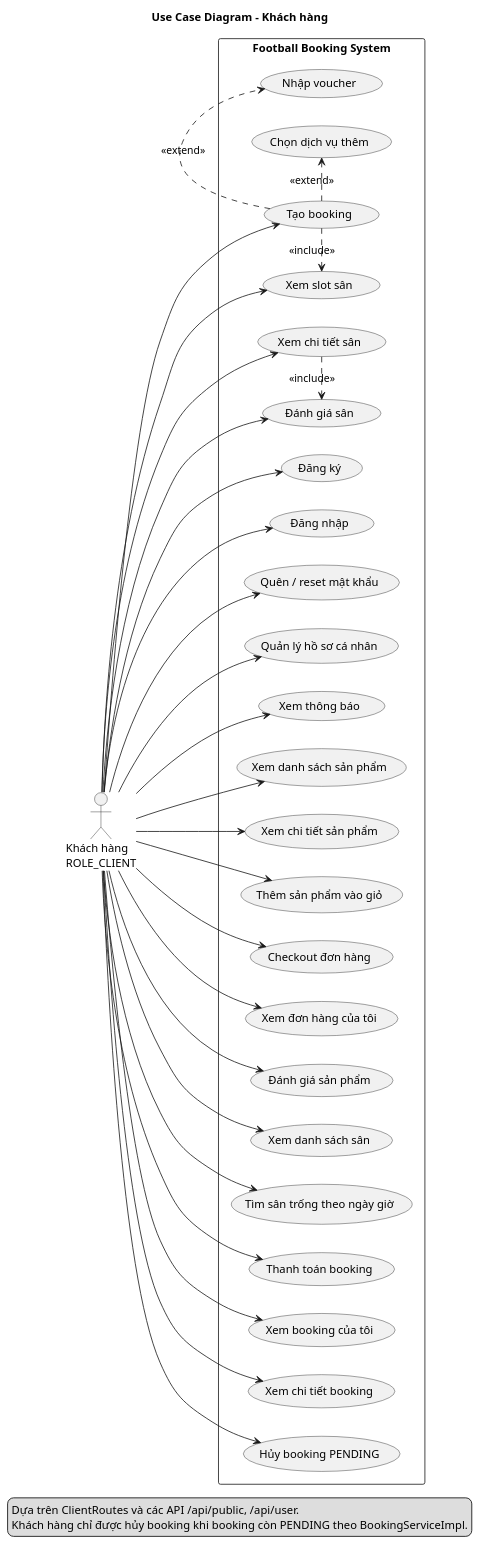
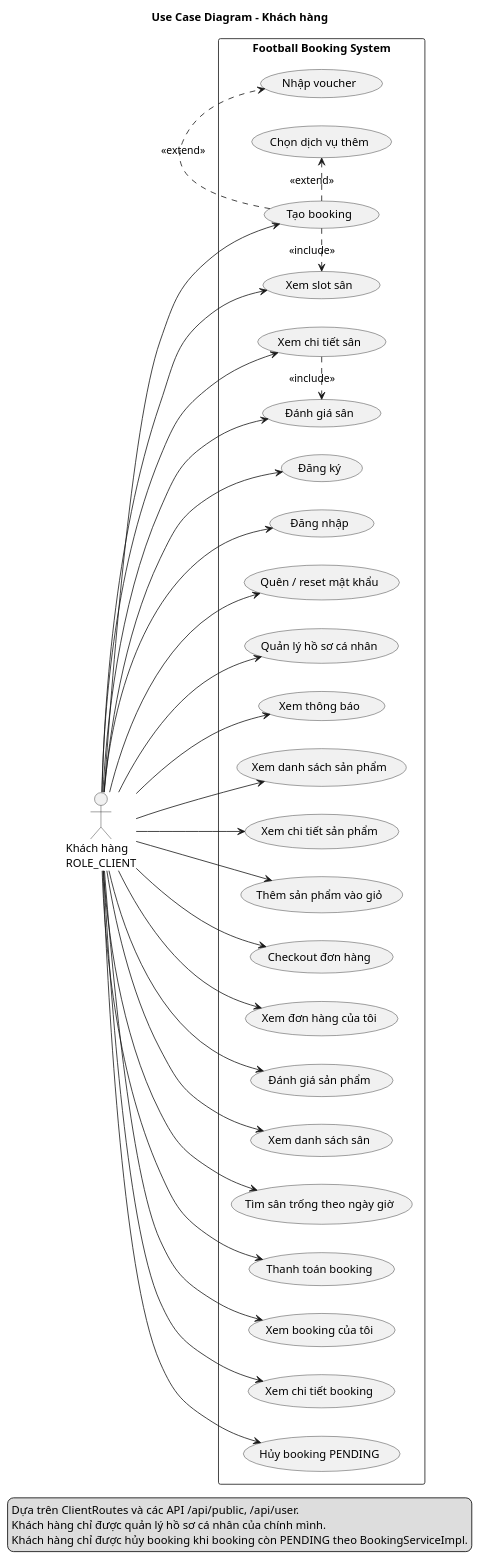
The diagram in docs/diagrams/02a-use-case-client.puml (KyAnhhh/football-booking-system), drawn with PlantUML before and after one commit. The commit also changed 99 other files, not shown here.

```diff
--- a/docs/diagrams/02a-use-case-client.puml
+++ b/docs/diagrams/02a-use-case-client.puml
@@ -1,71 +1,72 @@
 @startuml
 title Use Case Diagram - Khách hàng
 
 left to right direction
 skinparam shadowing false
 
 actor "Khách hàng\nROLE_CLIENT" as CLIENT
 
 rectangle "Football Booking System" {
   usecase "Đăng ký" as UC_REGISTER
   usecase "Đăng nhập" as UC_LOGIN
   usecase "Quên / reset mật khẩu" as UC_RESET
   usecase "Quản lý hồ sơ cá nhân" as UC_PROFILE
   usecase "Xem thông báo" as UC_NOTIFICATION
 
   usecase "Xem danh sách sản phẩm" as UC_VIEW_PRODUCT
   usecase "Xem chi tiết sản phẩm" as UC_PRODUCT_DETAIL
   usecase "Thêm sản phẩm vào giỏ" as UC_CART
   usecase "Checkout đơn hàng" as UC_CHECKOUT
   usecase "Xem đơn hàng của tôi" as UC_MY_ORDERS
   usecase "Đánh giá sản phẩm" as UC_PRODUCT_REVIEW
 
   usecase "Xem danh sách sân" as UC_VIEW_FIELD
   usecase "Tìm sân trống theo ngày giờ" as UC_FIND_FIELD
   usecase "Xem chi tiết sân" as UC_FIELD_DETAIL
   usecase "Xem slot sân" as UC_VIEW_SLOT
   usecase "Chọn dịch vụ thêm" as UC_EXTRA
   usecase "Nhập voucher" as UC_VOUCHER
   usecase "Tạo booking" as UC_CREATE_BOOKING
   usecase "Thanh toán booking" as UC_BOOKING_PAYMENT
   usecase "Xem booking của tôi" as UC_MY_BOOKINGS
   usecase "Xem chi tiết booking" as UC_BOOKING_DETAIL
   usecase "Hủy booking PENDING" as UC_CANCEL_BOOKING
   usecase "Đánh giá sân" as UC_FIELD_REVIEW
 }
 
 CLIENT --> UC_REGISTER
 CLIENT --> UC_LOGIN
 CLIENT --> UC_RESET
 CLIENT --> UC_PROFILE
 CLIENT --> UC_NOTIFICATION
 
 CLIENT --> UC_VIEW_PRODUCT
 CLIENT --> UC_PRODUCT_DETAIL
 CLIENT --> UC_CART
 CLIENT --> UC_CHECKOUT
 CLIENT --> UC_MY_ORDERS
 CLIENT --> UC_PRODUCT_REVIEW
 
 CLIENT --> UC_VIEW_FIELD
 CLIENT --> UC_FIND_FIELD
 CLIENT --> UC_FIELD_DETAIL
 CLIENT --> UC_VIEW_SLOT
 CLIENT --> UC_CREATE_BOOKING
 CLIENT --> UC_BOOKING_PAYMENT
 CLIENT --> UC_MY_BOOKINGS
 CLIENT --> UC_BOOKING_DETAIL
 CLIENT --> UC_CANCEL_BOOKING
 CLIENT --> UC_FIELD_REVIEW
 
 UC_CREATE_BOOKING .> UC_VIEW_SLOT : <<include>>
 UC_CREATE_BOOKING .> UC_EXTRA : <<extend>>
 UC_CREATE_BOOKING .> UC_VOUCHER : <<extend>>
 UC_FIELD_DETAIL .> UC_FIELD_REVIEW : <<include>>
 
 legend bottom
   Dựa trên ClientRoutes và các API /api/public, /api/user.
+  Khách hàng chỉ được quản lý hồ sơ cá nhân của chính mình.
   Khách hàng chỉ được hủy booking khi booking còn PENDING theo BookingServiceImpl.
 endlegend
 
 @enduml
```
